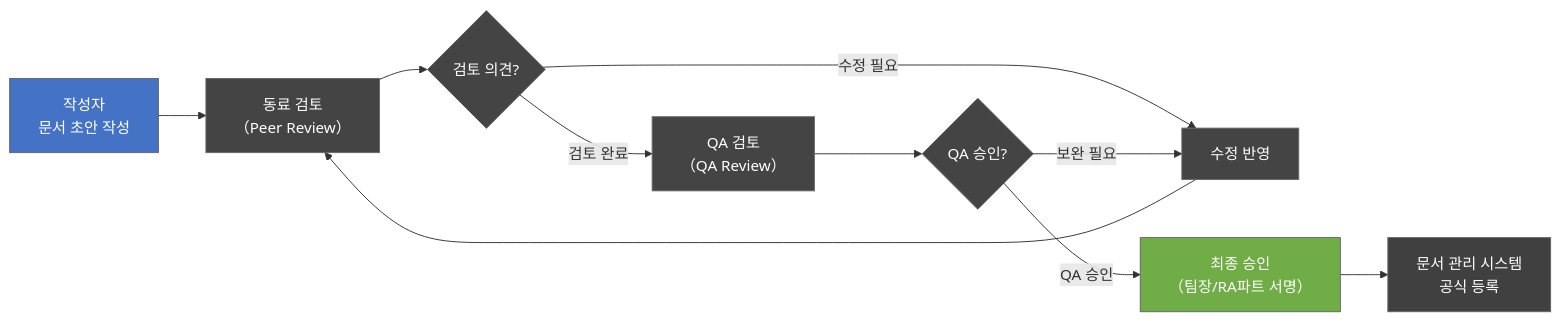
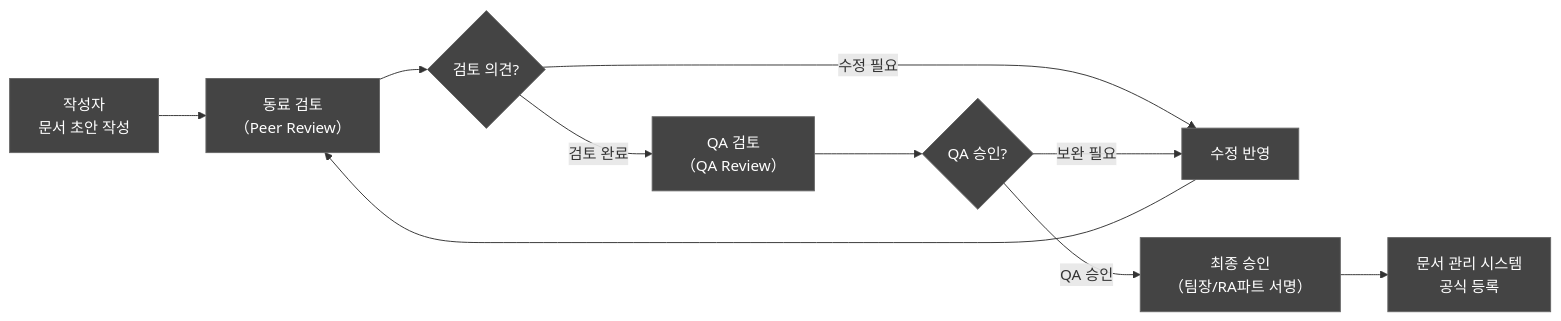
One commit to holee9/console-gui changed diagram 12 of 13 in docs/management/DOC-003_SW_Development_Guideline_v1.0.md. Above: the diagram before and after it, drawn with Mermaid. The commit also changed other lines of this file and 35 other files, not shown here.

First line of the commit message:
fix: 전체 Mermaid 차트 색상 진한 회색 통일

````diff
--- a/docs/management/DOC-003_SW_Development_Guideline_v1.0.md
+++ b/docs/management/DOC-003_SW_Development_Guideline_v1.0.md
@@ -1174,17 +1174,17 @@
 ```mermaid
 flowchart LR
     classDef default fill:#444,stroke:#666,color:#fff
     A["작성자<br/>문서 초안 작성"] --> B["동료 검토<br/>（Peer Review）"]
     B --> C{검토 의견?}
     C -->|"수정 필요"| D["수정 반영"]
     D --> B
     C -->|"검토 완료"| E["QA 검토<br/>（QA Review）"]
     E --> F{QA 승인?}
     F -->|"보완 필요"| D
     F -->|"QA 승인"| G["최종 승인<br/>（팀장/RA파트 서명）"]
     G --> H["문서 관리 시스템<br/>공식 등록"]
 
-    style A fill:#4472C4,color:#fff
-    style G fill:#70AD47,color:#fff
-    style H fill:#404040,color:#fff
+    style A fill:#444,color:#fff
+    style G fill:#444,color:#fff
+    style H fill:#444,color:#fff
 ```
````
